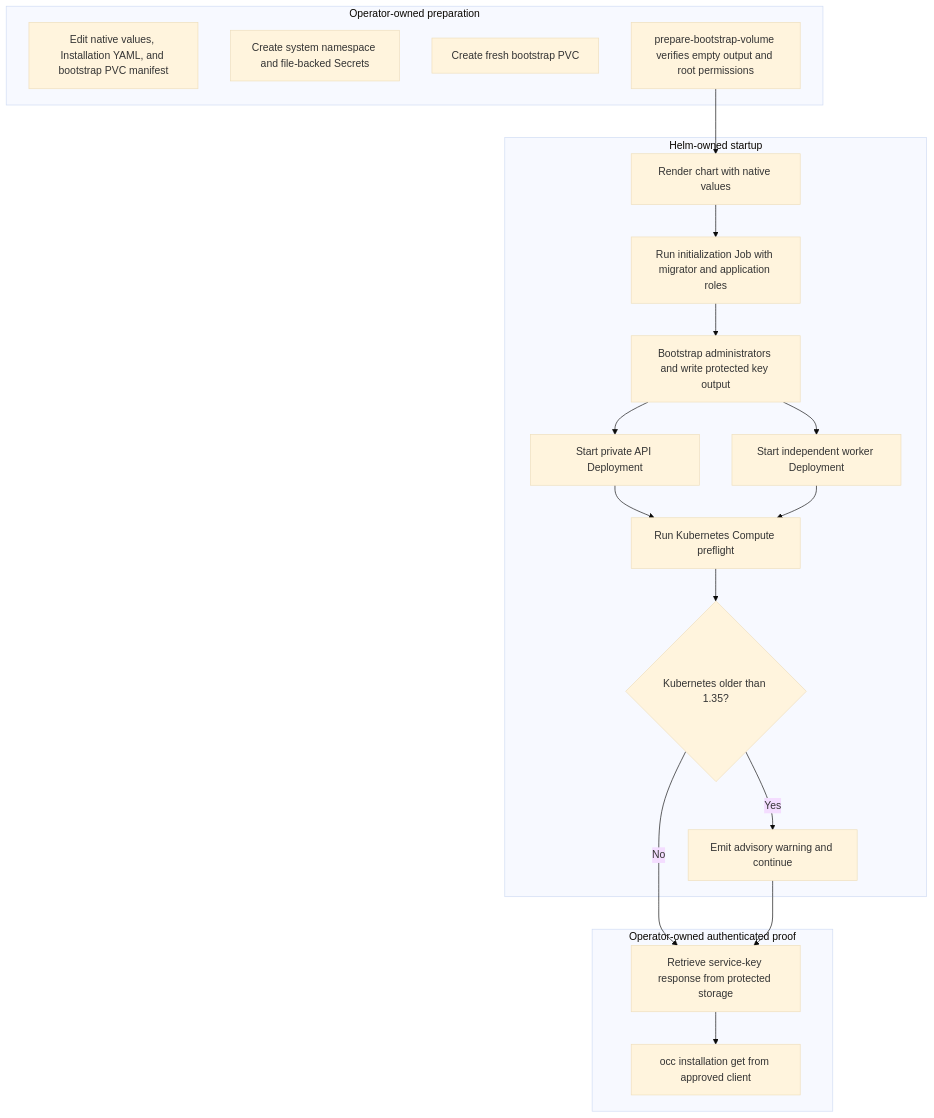
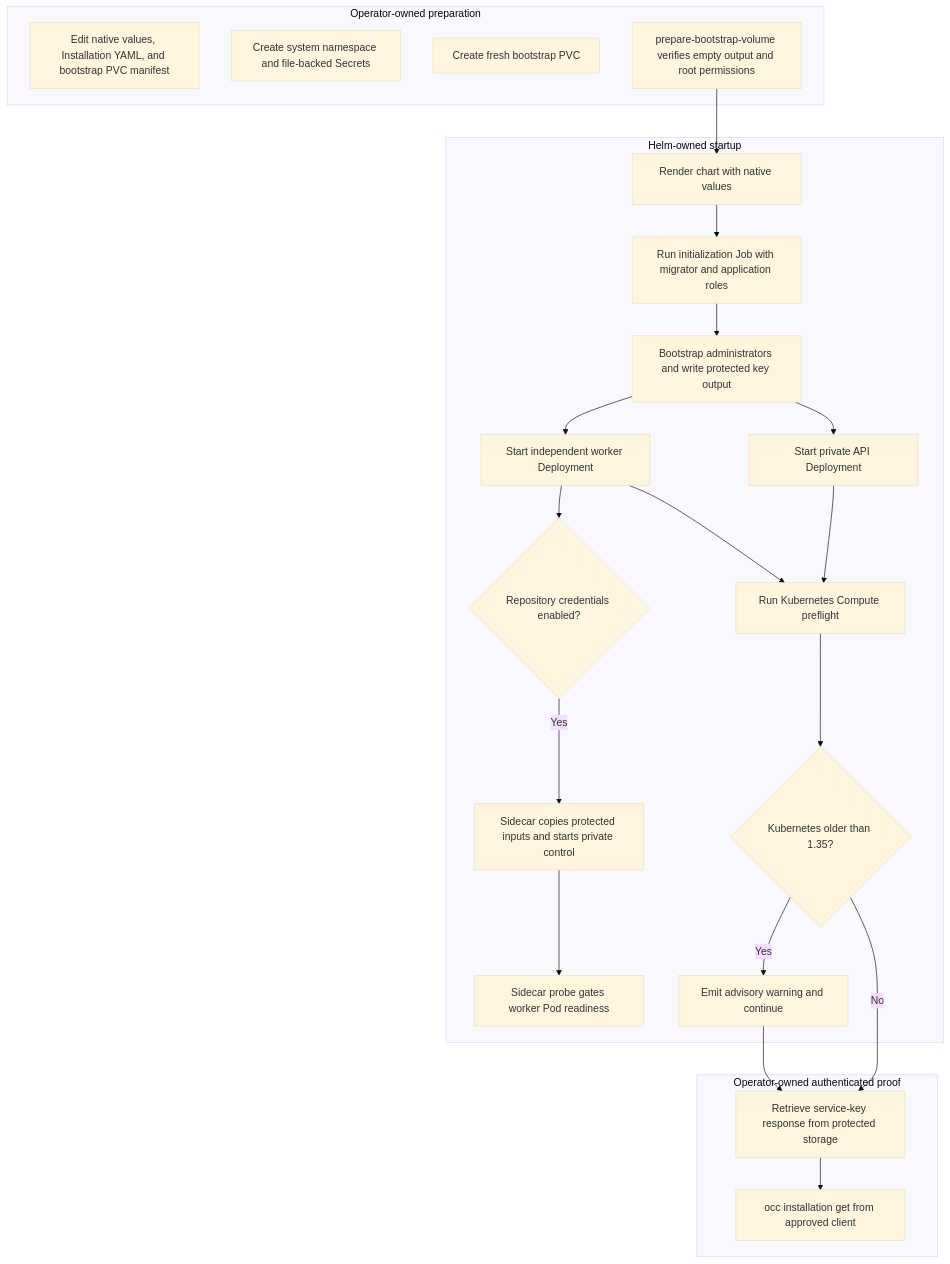
Before and after one commit to IsaiahStapleton/openclaw-enterprise: the diagram in docs/flows/production-startup.md, drawn with Mermaid (base theme). The commit also changed other lines of this file and 124 other files, not shown here.

Commit message:
feat(credentials): connect repository sessions to the Agent lifecycle

````diff
--- a/docs/flows/production-startup.md
+++ b/docs/flows/production-startup.md
@@ -37,25 +37,28 @@
 ```mermaid
 graph TD
     subgraph Operator["Operator-owned preparation"]
         A["Edit native values, Installation YAML, and bootstrap PVC manifest"]
         B["Create system namespace and file-backed Secrets"]
         C["Create fresh bootstrap PVC"]
         D["prepare-bootstrap-volume verifies empty output and root permissions"]
     end
     subgraph Helm["Helm-owned startup"]
         D --> E["Render chart with native values"]
         E --> F["Run initialization Job with migrator and application roles"]
         F --> G["Bootstrap administrators and write protected key output"]
         G --> H["Start private API Deployment"]
         G --> I["Start independent worker Deployment"]
+        I --> O{"Repository credentials enabled?"}
+        O -->|Yes| P["Sidecar copies protected inputs and starts private control"]
+        P --> Q["Sidecar probe gates worker Pod readiness"]
         H --> L["Run Kubernetes Compute preflight"]
         I --> L
         L --> M{"Kubernetes older than 1.35?"}
         M -->|Yes| N["Emit advisory warning and continue"]
     end
     subgraph Proof["Operator-owned authenticated proof"]
         M -->|No| J["Retrieve service-key response from protected storage"]
         N --> J
         J --> K["occ installation get from approved client"]
     end
 ```
````
